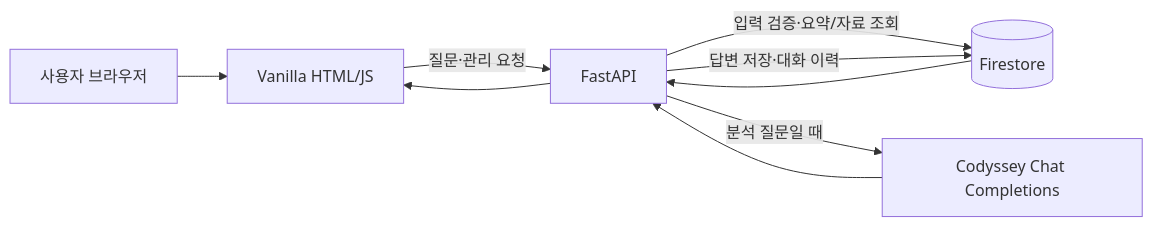
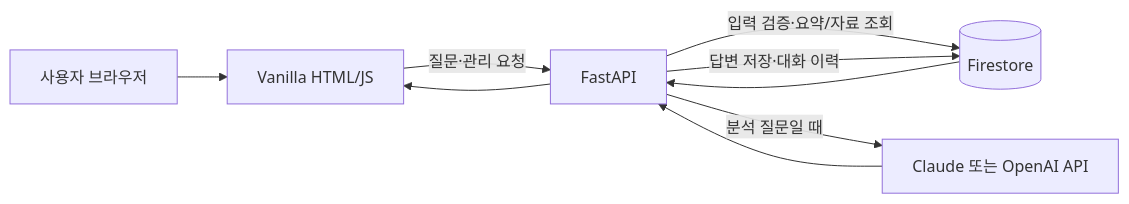
Before and after one commit to solarjina-geena/M1-2: the diagram in README.md, drawn with Mermaid. The commit also changed other lines of this file and 6 other files, not shown here.

Commit message:
feat: support Claude API key configuration

````diff
--- a/README.md
+++ b/README.md
@@ -74,11 +74,11 @@
 ```mermaid
 flowchart LR
     U[사용자 브라우저] --> F[Vanilla HTML/JS]
     F -->|질문·관리 요청| A[FastAPI]
     A -->|입력 검증·요약/자료 조회| D[(Firestore)]
     D --> A
-    A -->|분석 질문일 때| C[Codyssey Chat Completions]
+    A -->|분석 질문일 때| C[Claude 또는 OpenAI API]
     C --> A
     A -->|답변 저장·대화 이력| D
     A --> F
 ```
````
